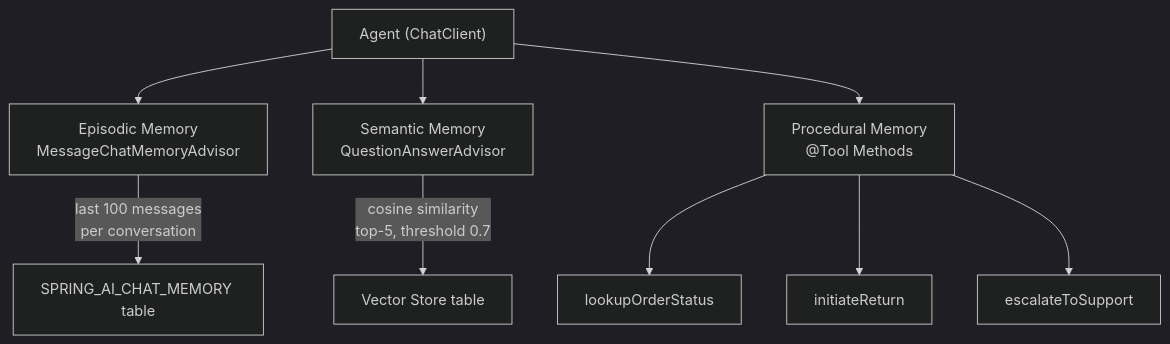
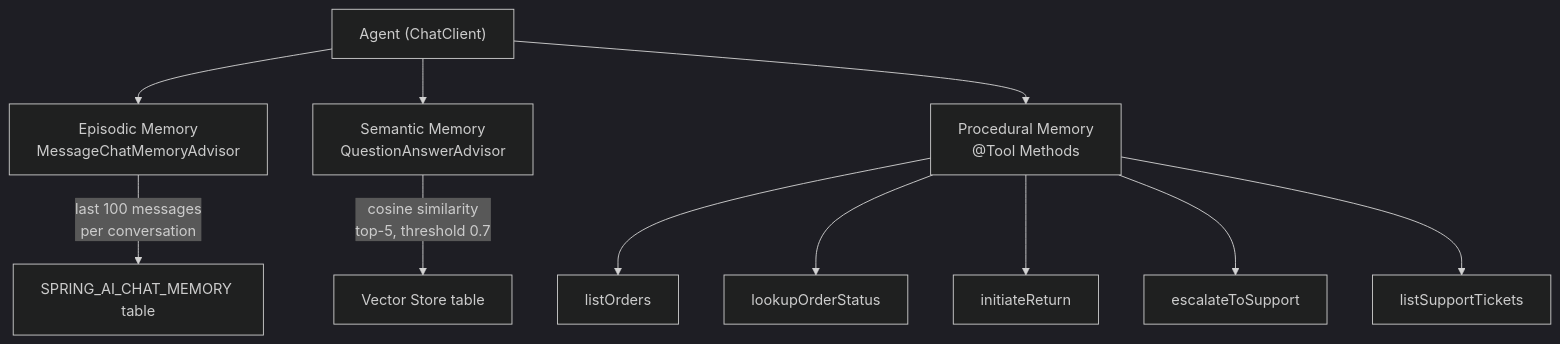
The second of 2 diagrams in README.md (vmleon/oracle-database-java-agent-memory), drawn with Mermaid (dark theme) before and after one commit. The commit also changed other lines of this file and 10 other files, not shown here.

````diff
--- a/README.md
+++ b/README.md
@@ -23,13 +25,15 @@
 ```mermaid
 graph TD
     Agent["Agent (ChatClient)"]
     Agent --> E["Episodic Memory<br/>MessageChatMemoryAdvisor"]
     Agent --> S["Semantic Memory<br/>QuestionAnswerAdvisor"]
     Agent --> P["Procedural Memory<br/>@Tool Methods"]
 
     E --> |"last 100 messages<br/>per conversation"| DB1["SPRING_AI_CHAT_MEMORY table"]
     S --> |"cosine similarity<br/>top-5, threshold 0.7"| DB2["Vector Store table"]
-    P --> T1["lookupOrderStatus"]
-    P --> T2["initiateReturn"]
-    P --> T3["escalateToSupport"]
+    P --> T1["listOrders"]
+    P --> T2["lookupOrderStatus"]
+    P --> T3["initiateReturn"]
+    P --> T4["escalateToSupport"]
+    P --> T5["listSupportTickets"]
 ```
````
